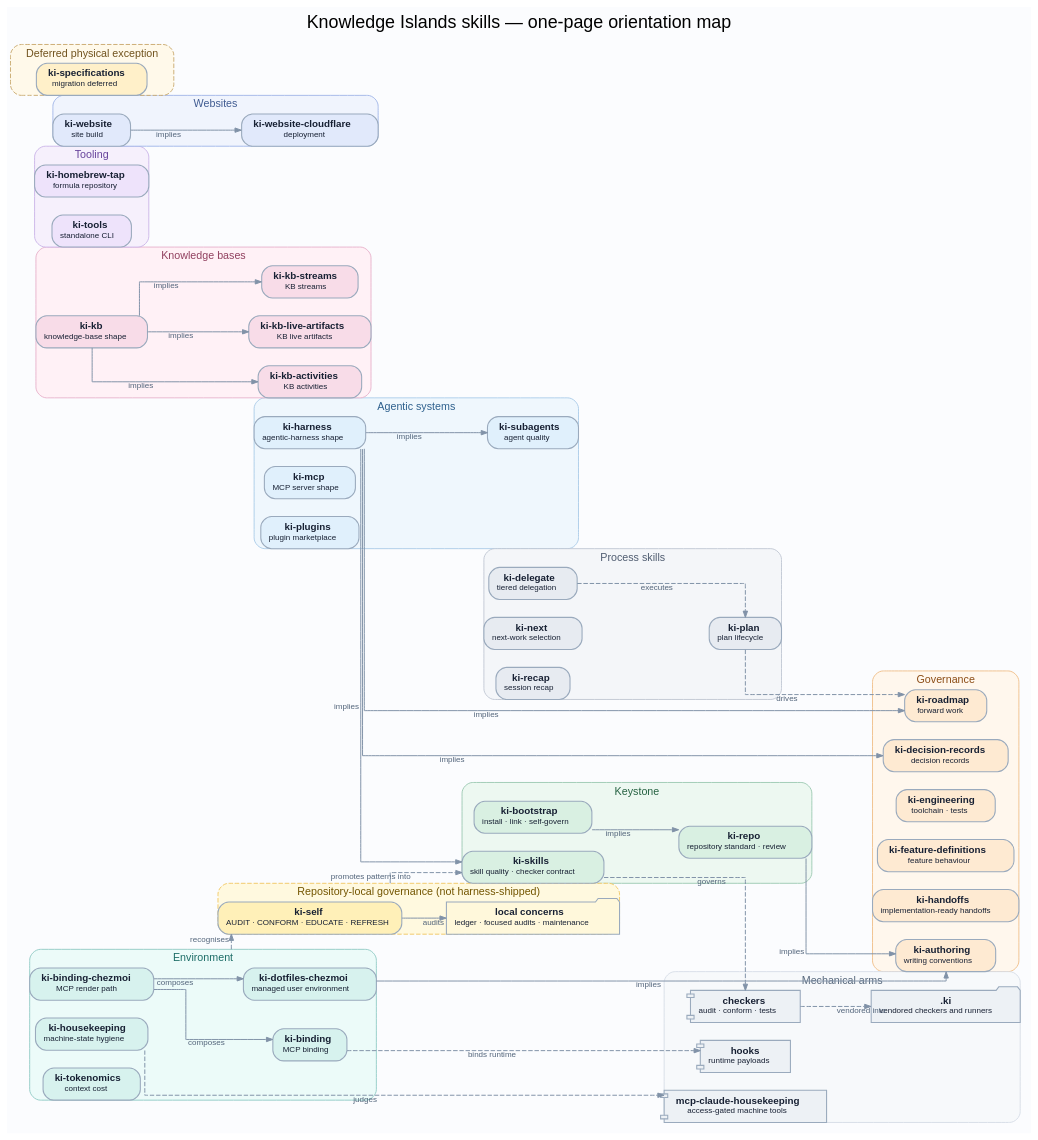
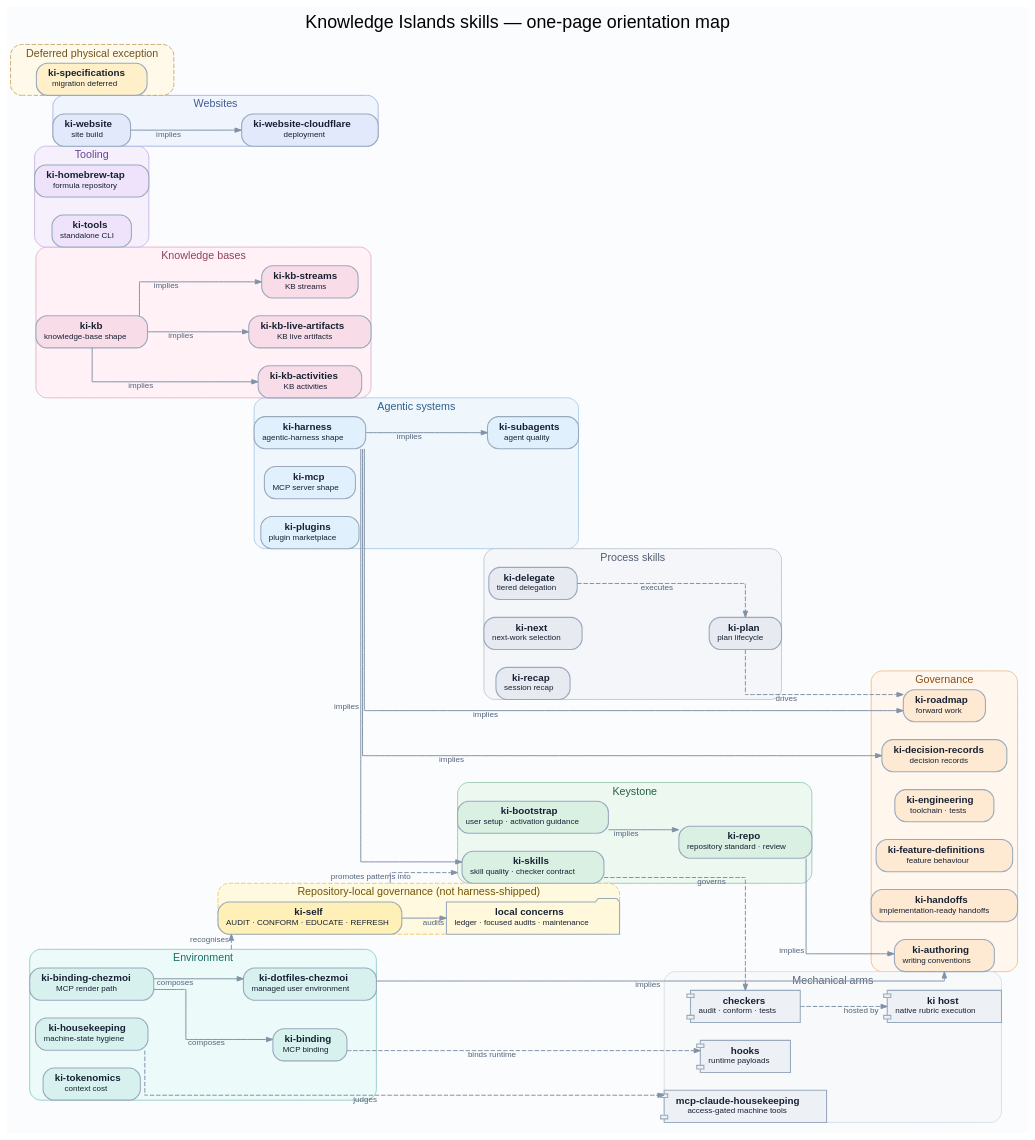
The diagram in docs/diagrams/skills-map.dot (knowledgeislands/arcadia-skills), drawn with Graphviz before and after one commit. The commit also changed 8 other files, not shown here.

Commit message:
docs(cli): retire final vendored guidance

```diff
--- a/docs/diagrams/skills-map.dot
+++ b/docs/diagrams/skills-map.dot
@@ -1,197 +1,197 @@
 // Canonical source for the harness skills map. DOT is authoritative; regenerate
 // skills-map.svg with: dot -Tsvg skills-map.dot -o skills-map.svg
 digraph skills_map {
   graph [
     bgcolor="#fbfcfe"
     color="#d9e1ea"
     compound=true
     fontname="Helvetica"
     fontsize=20
     label="Knowledge Islands skills — one-page orientation map"
     labelloc=t
     margin=0.25
     nodesep=0.28
     rankdir=LR
     ranksep=0.7
     splines=ortho
   ]
 
   node [
     color="#9aaabd"
     fontcolor="#172033"
     fontname="Helvetica"
     fontsize=11
     margin="0.13,0.08"
     penwidth=1.2
     shape=box
     style="rounded,filled"
   ]
 
   edge [
     arrowsize=0.7
     color="#8192a8"
     fontcolor="#52647a"
     fontname="Helvetica"
     fontsize=9
     penwidth=1.1
   ]
 
   subgraph cluster_agentic_systems {
     color="#a9cbe8"
     fontcolor="#2e608d"
     fontsize=12
     label="Agentic systems"
     style="rounded,filled"
     fillcolor="#eff7fd"
     harness [fillcolor="#e0f0fc", label=< <b>ki-harness</b><br/><font point-size="9">agentic-harness shape</font> >]
     mcp [fillcolor="#e0f0fc", label=< <b>ki-mcp</b><br/><font point-size="9">MCP server shape</font> >]
     plugins [fillcolor="#e0f0fc", label=< <b>ki-plugins</b><br/><font point-size="9">plugin marketplace</font> >]
     agents [fillcolor="#e0f0fc", label=< <b>ki-subagents</b><br/><font point-size="9">agent quality</font> >]
   }
 
   subgraph cluster_environment {
     color="#8fc9c4"
     fontcolor="#1d6d67"
     fontsize=12
     label="Environment"
     style="rounded,filled"
     fillcolor="#ecfbf9"
     binding [fillcolor="#d7f2ee", label=< <b>ki-binding</b><br/><font point-size="9">MCP binding</font> >]
     binding_chezmoi [fillcolor="#d7f2ee", label=< <b>ki-binding-chezmoi</b><br/><font point-size="9">MCP render path</font> >]
     dotfiles [fillcolor="#d7f2ee", label=< <b>ki-dotfiles-chezmoi</b><br/><font point-size="9">managed user environment</font> >]
     housekeeping [fillcolor="#d7f2ee", label=< <b>ki-housekeeping</b><br/><font point-size="9">machine-state hygiene</font> >]
     tokenomics [fillcolor="#d7f2ee", label=< <b>ki-tokenomics</b><br/><font point-size="9">context cost</font> >]
   }
 
   subgraph cluster_governance {
     color="#f0bd86"
     fontcolor="#8c4d16"
     fontsize=12
     label="Governance"
     style="rounded,filled"
     fillcolor="#fff7ed"
     authoring [fillcolor="#feead2", label=< <b>ki-authoring</b><br/><font point-size="9">writing conventions</font> >, tooltip="Markdown and TOML authoring conventions"]
     decisions [fillcolor="#feead2", label=< <b>ki-decision-records</b><br/><font point-size="9">decision records</font> >]
     engineering [fillcolor="#feead2", label=< <b>ki-engineering</b><br/><font point-size="9">toolchain · tests</font> >, tooltip="Engineering toolchain and tests"]
     features [fillcolor="#feead2", label=< <b>ki-feature-definitions</b><br/><font point-size="9">feature behaviour</font> >]
     handoffs [fillcolor="#feead2", label=< <b>ki-handoffs</b><br/><font point-size="9">implementation-ready handoffs</font> >]
     roadmap [fillcolor="#feead2", label=< <b>ki-roadmap</b><br/><font point-size="9">forward work</font> >]
   }
 
   subgraph cluster_keystone {
     color="#9ac8b1"
     fontcolor="#266242"
     fontsize=12
     label="Keystone"
     style="rounded,filled"
     fillcolor="#edf8f1"
-    bootstrap [fillcolor="#d9f0e2", label=< <b>ki-bootstrap</b><br/><font point-size="9">install · link · self-govern</font> >, tooltip="Keystone installer and self-governance bootstrap"]
+    bootstrap [fillcolor="#d9f0e2", label=< <b>ki-bootstrap</b><br/><font point-size="9">user setup · activation guidance</font> >, tooltip="Guidance for CLI bootstrap, harnesses, and skill activation"]
     repo [fillcolor="#d9f0e2", label=< <b>ki-repo</b><br/><font point-size="9">repository standard · review</font> >, tooltip="Repository structure, settings, .ki-config.toml, and human-led review"]
     skills [fillcolor="#d9f0e2", label=< <b>ki-skills</b><br/><font point-size="9">skill quality · checker contract</font> >]
   }
 
   subgraph cluster_knowledge_bases {
     color="#e7b0c9"
     fontcolor="#91405f"
     fontsize=12
     label="Knowledge bases"
     style="rounded,filled"
     fillcolor="#fff1f6"
     kb [fillcolor="#f8dce8", label=< <b>ki-kb</b><br/><font point-size="9">knowledge-base shape</font> >]
     kb_activities [fillcolor="#f8dce8", label=< <b>ki-kb-activities</b><br/><font point-size="9">KB activities</font> >]
     kb_artifacts [fillcolor="#f8dce8", label=< <b>ki-kb-live-artifacts</b><br/><font point-size="9">KB live artifacts</font> >]
     kb_streams [fillcolor="#f8dce8", label=< <b>ki-kb-streams</b><br/><font point-size="9">KB streams</font> >]
   }
 
   subgraph cluster_process {
     color="#bfc6d3"
     fontcolor="#4f5c70"
     fontsize=12
     label="Process skills"
     style="rounded,filled"
     fillcolor="#f4f6f9"
     delegate [fillcolor="#e7ebf1", label=< <b>ki-delegate</b><br/><font point-size="9">tiered delegation</font> >]
     next [fillcolor="#e7ebf1", label=< <b>ki-next</b><br/><font point-size="9">next-work selection</font> >]
     plan [fillcolor="#e7ebf1", label=< <b>ki-plan</b><br/><font point-size="9">plan lifecycle</font> >]
     recap [fillcolor="#e7ebf1", label=< <b>ki-recap</b><br/><font point-size="9">session recap</font> >]
   }
 
   subgraph cluster_tooling {
     color="#c9b3e8"
     fontcolor="#67439b"
     fontsize=12
     label="Tooling"
     style="rounded,filled"
     fillcolor="#f6f0fc"
     tap [fillcolor="#eee3fb", label=< <b>ki-homebrew-tap</b><br/><font point-size="9">formula repository</font> >]
     tools [fillcolor="#eee3fb", label=< <b>ki-tools</b><br/><font point-size="9">standalone CLI</font> >]
   }
 
   subgraph cluster_websites {
     color="#9fb4e8"
     fontcolor="#405b91"
     fontsize=12
     label="Websites"
     style="rounded,filled"
     fillcolor="#f0f4fd"
     website [fillcolor="#e1e9fb", label=< <b>ki-website</b><br/><font point-size="9">site build</font> >]
     cloudflare [fillcolor="#e1e9fb", label=< <b>ki-website-cloudflare</b><br/><font point-size="9">deployment</font> >]
   }
 
   subgraph cluster_deferred {
     color="#c7a76a"
     fontcolor="#70521d"
     fontsize=12
     label="Deferred physical exception"
     style="rounded,filled,dashed"
     fillcolor="#fff9ea"
     specifications [fillcolor="#fff0c9", label=< <b>ki-specifications</b><br/><font point-size="9">migration deferred</font> >]
   }
 
   subgraph cluster_local {
     color="#f1c65f"
     fontcolor="#735500"
     fontsize=12
     label="Repository-local governance (not harness-shipped)"
     style="rounded,filled,dashed"
     fillcolor="#fff9df"
     self [fillcolor="#fff0b8", label=< <b>ki-self</b><br/><font point-size="9">AUDIT · CONFORM · EDUCATE · REFRESH</font> >, tooltip="Local concerns; audit is the repository-local housekeeping audit"]
     concerns [fillcolor="#fff8db", label=< <b>local concerns</b><br/><font point-size="9">ledger · focused audits · maintenance</font> >, shape=folder, tooltip="Repository-specific checks and semi-regular human review"]
   }
 
   subgraph cluster_arms {
     color="#d6dde7"
     fontcolor="#56677b"
     fontsize=12
     label="Mechanical arms"
     style="rounded,filled"
     fillcolor="#f7f9fb"
     checkers [fillcolor="#edf1f5", label=< <b>checkers</b><br/><font point-size="9">audit · conform · tests</font> >, shape=component]
-    meta [fillcolor="#edf1f5", label=< <b>.ki</b><br/><font point-size="9">vendored checkers and runners</font> >, shape=folder]
+    native_host [fillcolor="#edf1f5", label=< <b>ki host</b><br/><font point-size="9">native rubric execution</font> >, shape=component]
     mcp_housekeeping [fillcolor="#edf1f5", label=< <b>mcp-claude-housekeeping</b><br/><font point-size="9">access-gated machine tools</font> >, shape=component]
     hooks [fillcolor="#edf1f5", label=< <b>hooks</b><br/><font point-size="9">runtime payloads</font> >, shape=component]
   }
 
   bootstrap -> repo [xlabel="implies"]
   repo -> authoring [xlabel="implies"]
   harness -> skills [xlabel="implies"]
   harness -> agents [xlabel="implies"]
   harness -> decisions [xlabel="implies"]
   harness -> roadmap [xlabel="implies"]
   kb -> kb_activities [xlabel="implies"]
   kb -> kb_artifacts [xlabel="implies"]
   kb -> kb_streams [xlabel="implies"]
   website -> cloudflare [xlabel="implies"]
   dotfiles -> authoring [xlabel="implies"]
   binding_chezmoi -> binding [xlabel="composes"]
   binding_chezmoi -> dotfiles [xlabel="composes"]
   plan -> roadmap [xlabel="drives", style=dashed]
   delegate -> plan [xlabel="executes", style=dashed]
   housekeeping -> mcp_housekeeping [xlabel="judges", style=dashed]
   housekeeping -> self [xlabel="recognises", style=dashed, ltail=cluster_environment, lhead=cluster_local]
   self -> concerns [xlabel="audits"]
   self -> skills [xlabel="promotes patterns into", style=dashed, ltail=cluster_local, lhead=cluster_keystone]
   skills -> checkers [xlabel="governs", style=dashed]
-  checkers -> meta [xlabel="vendored into", style=dashed]
+  checkers -> native_host [xlabel="hosted by", style=dashed]
   binding -> hooks [xlabel="binds runtime", style=dashed]
 }
```
